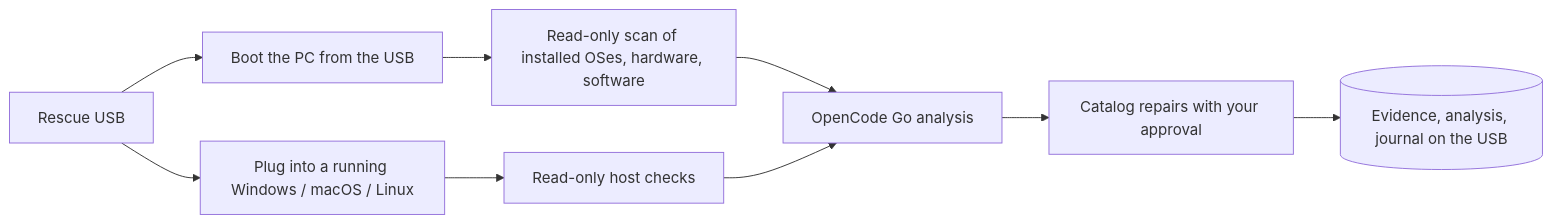
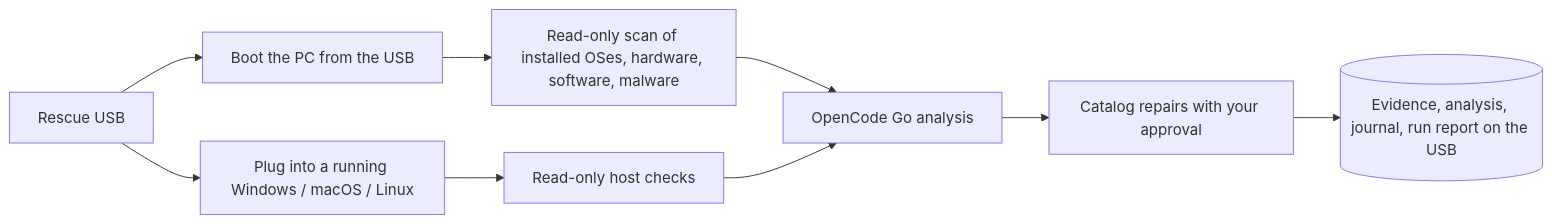
The second of 7 diagrams in README.md (ahliweb/linux-mint-xfce-rescue-ai), drawn with Mermaid before and after one commit. The commit also changed other lines of this file and 1 other file, not shown here.

First line of the commit message:
docs: rewrite README (status table, quick starts) and design (whole-flow diagrams)

````diff
--- a/README.md
+++ b/README.md
@@ -27,11 +31,11 @@
 ```mermaid
 flowchart LR
     U[Rescue USB] --> L[Boot the PC from the USB]
     U --> H[Plug into a running Windows / macOS / Linux]
-    L --> S[Read-only scan of installed OSes, hardware, software]
+    L --> S[Read-only scan of installed OSes, hardware, software, malware]
     H --> C[Read-only host checks]
     S --> A[OpenCode Go analysis]
     C --> A
     A --> R[Catalog repairs with your approval]
-    R --> J[(Evidence, analysis, journal on the USB)]
+    R --> J[(Evidence, analysis, journal, run report on the USB)]
 ```
````
